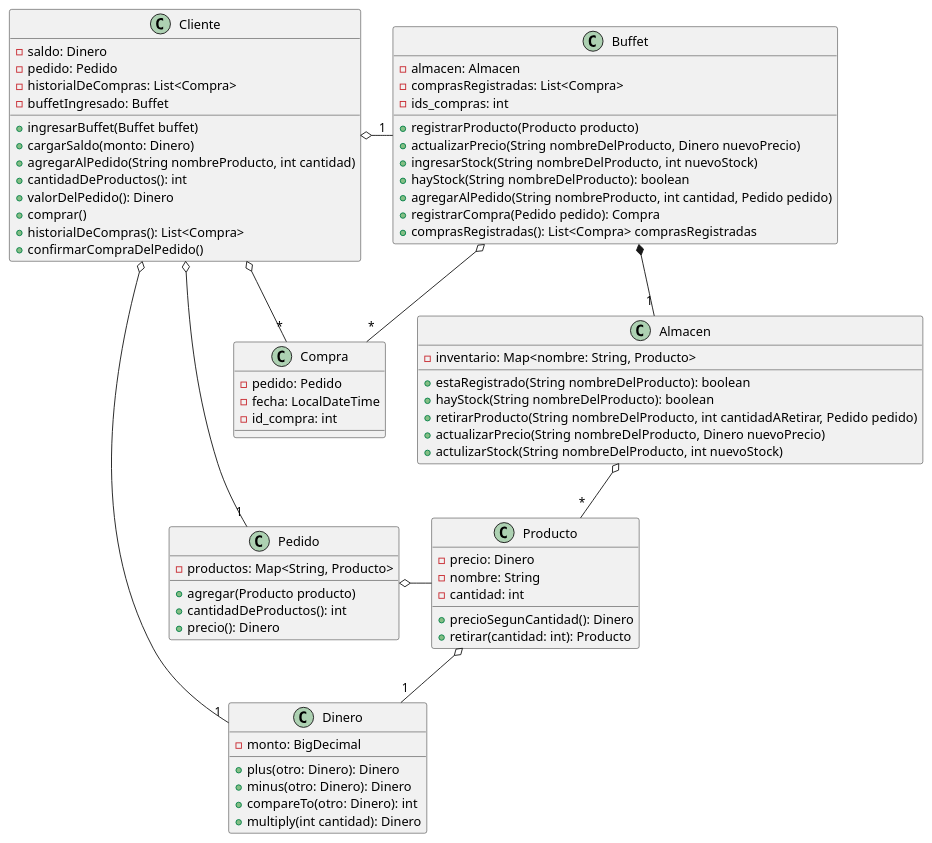
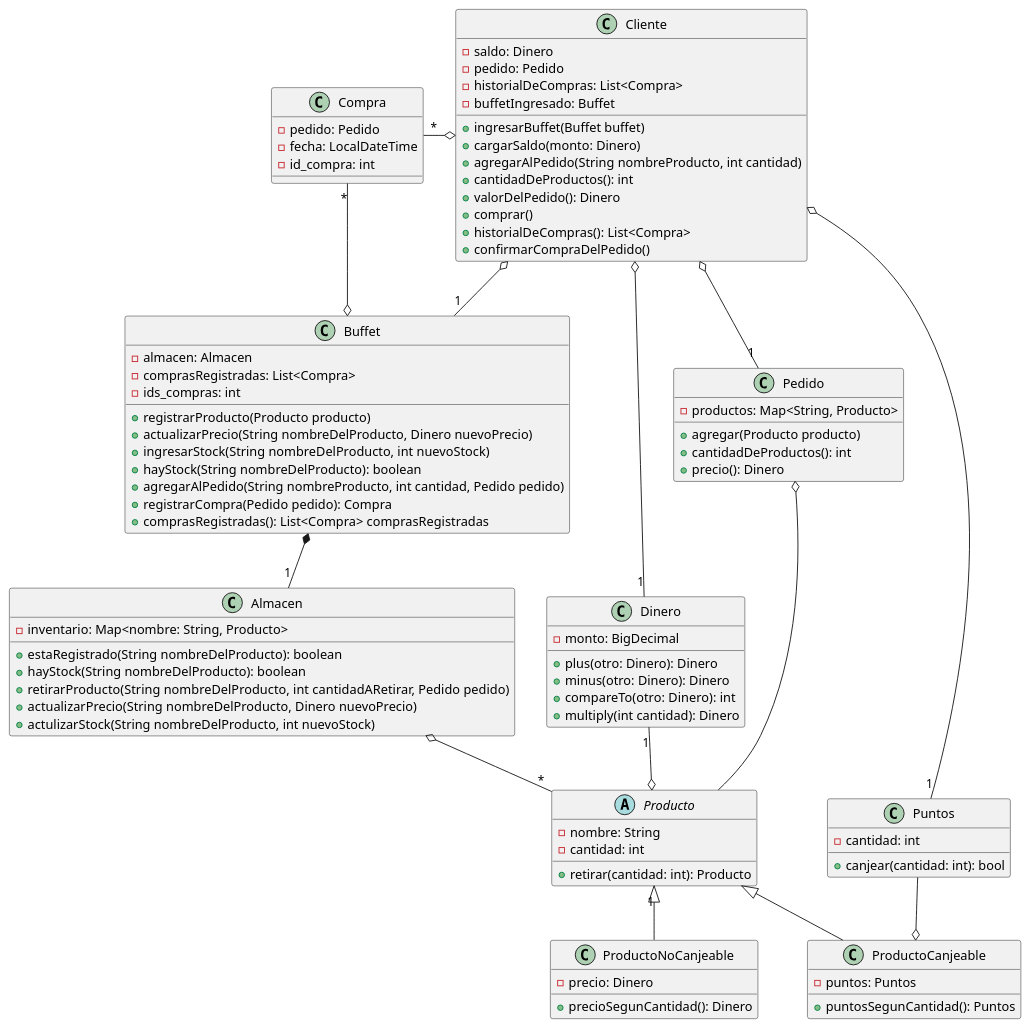
Before and after one commit to ariana-salese/DNT-TakeAwayNow: the diagram in diagramas/diagramaDeClasesGeneral.puml, drawn with PlantUML.

Commit message:
actualizo diagrama de clases

```diff
--- a/diagramas/diagramaDeClasesGeneral.puml
+++ b/diagramas/diagramaDeClasesGeneral.puml
@@ -1,86 +1,106 @@
 @startuml
 class Cliente {
     - saldo: Dinero
     - pedido: Pedido 
     - historialDeCompras: List<Compra>
     - buffetIngresado: Buffet
     + ingresarBuffet(Buffet buffet)
     + cargarSaldo(monto: Dinero)
     + agregarAlPedido(String nombreProducto, int cantidad)
     + cantidadDeProductos(): int
     + valorDelPedido(): Dinero
     + comprar()
     + historialDeCompras(): List<Compra>
     + confirmarCompraDelPedido()
 }
 
-class Producto {
-    - precio: Dinero 
+abstract Producto {
     - nombre: String
     - cantidad: int
+    + retirar(cantidad: int): Producto
+}
+
+class ProductoCanjeable {
+    - puntos: Puntos
+    + puntosSegunCantidad(): Puntos
+}
+
+class ProductoNoCanjeable {
+    - precio: Dinero 
     + precioSegunCantidad(): Dinero
-    + retirar(cantidad: int): Producto
+}
+
+class Puntos {
+    - cantidad: int 
+    + canjear(cantidad: int): bool
 }
 
 class Compra {
     - pedido: Pedido
     - fecha: LocalDateTime
     - id_compra: int
 }
 
 class Dinero {
     - monto: BigDecimal
     + plus(otro: Dinero): Dinero
     + minus(otro: Dinero): Dinero
     + compareTo(otro: Dinero): int
     + multiply(int cantidad): Dinero
 }
 
 class Almacen{
     -inventario: Map<nombre: String, Producto>
     +estaRegistrado(String nombreDelProducto): boolean
     +hayStock(String nombreDelProducto): boolean
     +retirarProducto(String nombreDelProducto, int cantidadARetirar, Pedido pedido)
     +actualizarPrecio(String nombreDelProducto, Dinero nuevoPrecio)
     +actulizarStock(String nombreDelProducto, int nuevoStock)
 }
 
 class Pedido {
     - productos: Map<String, Producto>
     + agregar(Producto producto)
     + cantidadDeProductos(): int
     + precio(): Dinero
 }
 
 class Buffet {
     -almacen: Almacen
     -comprasRegistradas: List<Compra>
     -ids_compras: int
     +registrarProducto(Producto producto)
     +actualizarPrecio(String nombreDelProducto, Dinero nuevoPrecio)
     +ingresarStock(String nombreDelProducto, int nuevoStock)
     +hayStock(String nombreDelProducto): boolean
     +agregarAlPedido(String nombreProducto, int cantidad, Pedido pedido)
     +registrarCompra(Pedido pedido): Compra
     +comprasRegistradas(): List<Compra> comprasRegistradas
 }
 
-Cliente o-right- "1" Buffet
+Cliente o-down- "1" Buffet
 Cliente o-- "1" Pedido
-Cliente o-- "*" Compra
+Cliente o-left- "*" Compra
 Cliente o- "1" Dinero
+Cliente o-- "1" Puntos
 
-Producto o-- "1" Dinero
+Producto o-up- "1" Dinero
 
-Pedido o- Producto
+ProductoCanjeable -up-|> Producto
+ProductoNoCanjeable -up-|> "1" Producto
+
+
+ProductoCanjeable o-up- Puntos
+
+Pedido o-down- Producto
 
 Almacen o-- "*" Producto
 'Almacen ..> Dinero
 'Almacen ..> Pedido
 
 Buffet *-- "1" Almacen
-Buffet o-- "*" Compra
+Buffet o-up- "*" Compra
 'Buffet ..> Dinero
 'Buffet ..> Pedido
 
 @enduml
```
